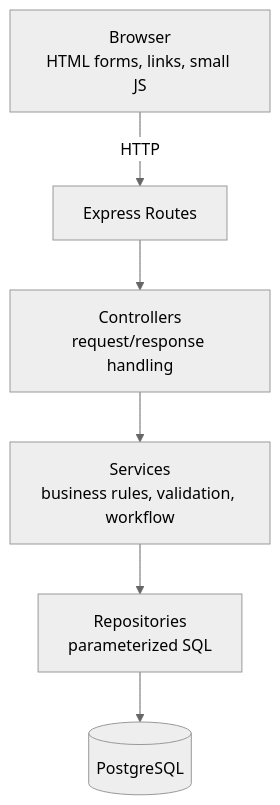
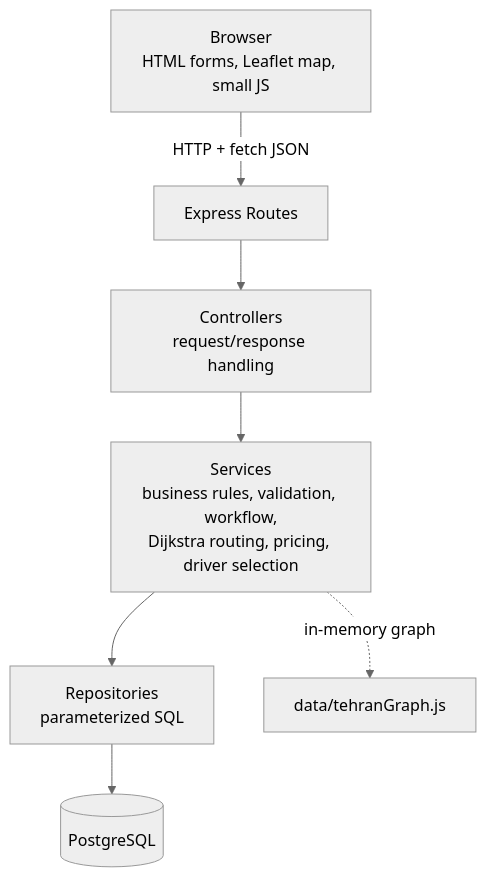
Before and after one commit to FarbodTavakolizade/TaxiGo: the first of 6 diagrams in docs/architecture.md, drawn with Mermaid (neutral theme). The commit also changed other lines of this file and 10 other files, not shown here.

Commit message:
Update documentation for map, routing and pricing features

````diff
--- a/docs/architecture.md
+++ b/docs/architecture.md
@@ -8,8 +8,9 @@
 ```mermaid
 flowchart TD
-    B[Browser<br/>HTML forms, links, small JS] -->|HTTP| R[Express Routes]
+    B[Browser<br/>HTML forms, Leaflet map, small JS] -->|HTTP + fetch JSON| R[Express Routes]
     R --> C[Controllers<br/>request/response handling]
-    C --> S[Services<br/>business rules, validation, workflow]
+    C --> S[Services<br/>business rules, validation, workflow,<br/>Dijkstra routing, pricing, driver selection]
     S --> Rep[Repositories<br/>parameterized SQL]
     Rep --> DB[(PostgreSQL)]
+    S -.->|in-memory graph| G[data/tehranGraph.js]
 ```
````
